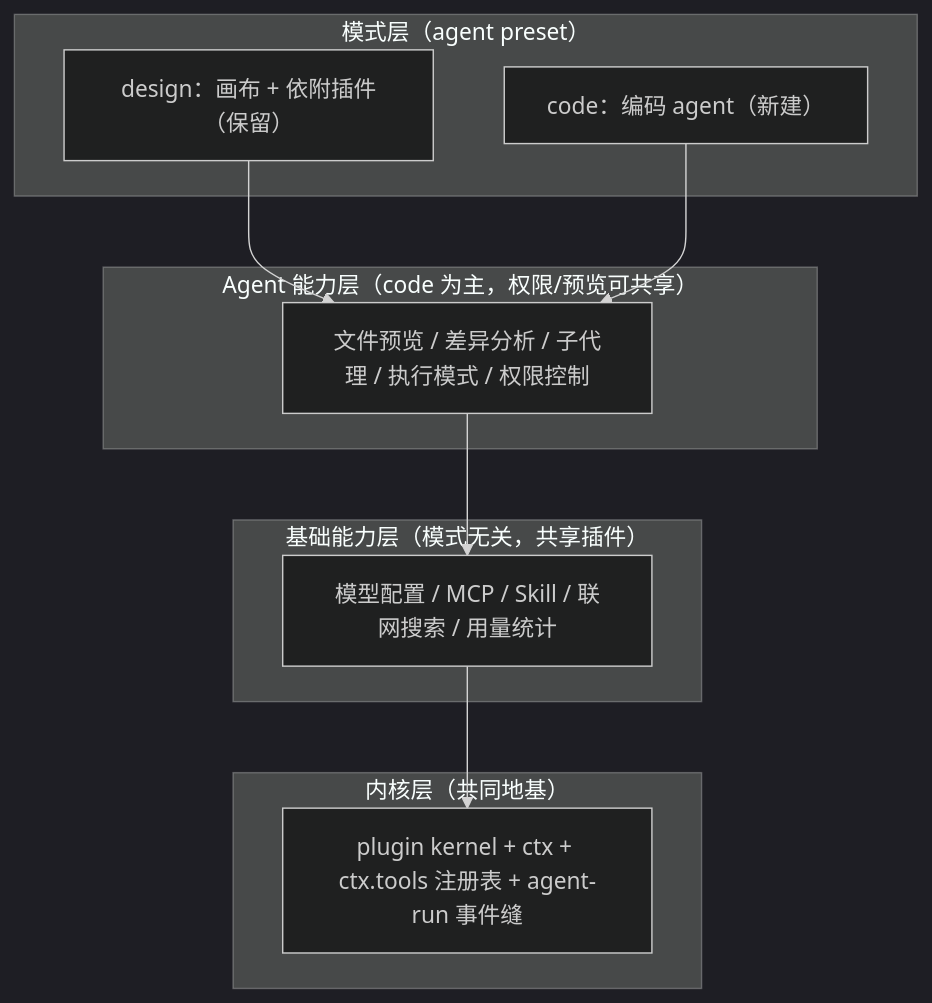
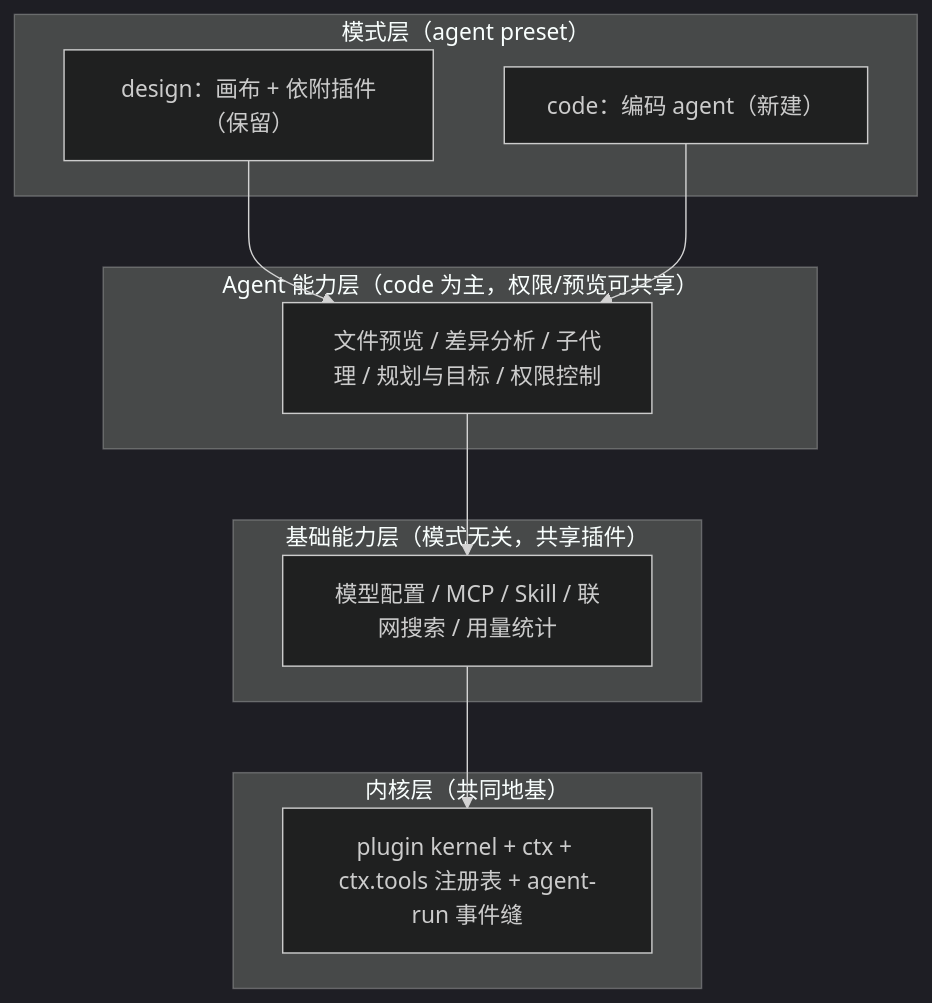
The diagram in docs/方案设计/改造计划.md (IsKenKenYa/KenFutWork), drawn with Mermaid (dark theme) before and after one commit. The commit also changed other lines of this file and 100 other files, not shown here.

````diff
--- a/docs/方案设计/改造计划.md
+++ b/docs/方案设计/改造计划.md
@@ -100,20 +100,20 @@
 ```mermaid
 graph TB
     subgraph L4["模式层（agent preset）"]
         DESIGN["design：画布 + 依附插件（保留）"]
         CODE["code：编码 agent（新建）"]
     end
     subgraph L3["Agent 能力层（code 为主，权限/预览可共享）"]
-        CAP["文件预览 / 差异分析 / 子代理 / 执行模式 / 权限控制"]
+        CAP["文件预览 / 差异分析 / 子代理 / 规划与目标 / 权限控制"]
     end
     subgraph L2["基础能力层（模式无关，共享插件）"]
         BASE["模型配置 / MCP / Skill / 联网搜索 / 用量统计"]
     end
     subgraph L1["内核层（共同地基）"]
         KERNEL["plugin kernel + ctx + ctx.tools 注册表 + agent-run 事件缝"]
     end
     DESIGN --> CAP
     CODE --> CAP
     CAP --> BASE
     BASE --> KERNEL
 ```
````
